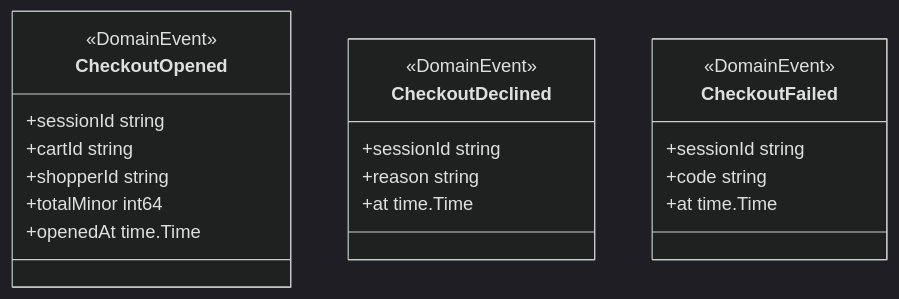
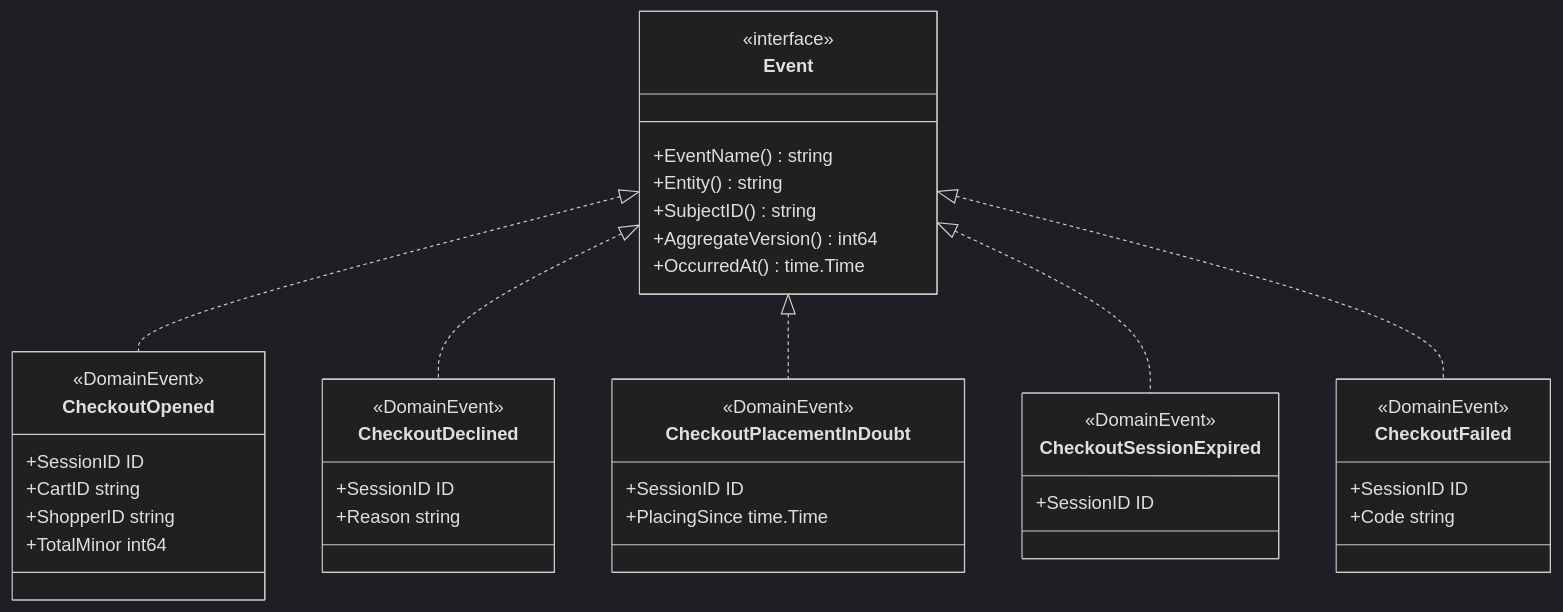
The second of 5 diagrams in docs/docs/ddd/class-diagram.md (IQVO/checkout), drawn with Mermaid (dark theme) before and after one commit. The commit also changed other lines of this file and 8 other files, not shown here.

First line of the commit message:
docs(checkout): review the DDD pack and API pages against the code

````diff
--- a/docs/docs/ddd/class-diagram.md
+++ b/docs/docs/ddd/class-diagram.md
@@ -106,24 +123,43 @@
 ```mermaid
 classDiagram
     direction TB
+    class Event {
+        <<interface>>
+        +EventName() string
+        +Entity() string
+        +SubjectID() string
+        +AggregateVersion() int64
+        +OccurredAt() time.Time
+    }
     class CheckoutOpened {
         <<DomainEvent>>
-        +sessionId string
-        +cartId string
-        +shopperId string
-        +totalMinor int64
-        +openedAt time.Time
+        +SessionID ID
+        +CartID string
+        +ShopperID string
+        +TotalMinor int64
     }
     class CheckoutDeclined {
         <<DomainEvent>>
-        +sessionId string
-        +reason string
-        +at time.Time
+        +SessionID ID
+        +Reason string
+    }
+    class CheckoutPlacementInDoubt {
+        <<DomainEvent>>
+        +SessionID ID
+        +PlacingSince time.Time
+    }
+    class CheckoutSessionExpired {
+        <<DomainEvent>>
+        +SessionID ID
     }
     class CheckoutFailed {
         <<DomainEvent>>
-        +sessionId string
-        +code string
-        +at time.Time
+        +SessionID ID
+        +Code string
     }
+    Event <|.. CheckoutOpened
+    Event <|.. CheckoutDeclined
+    Event <|.. CheckoutPlacementInDoubt
+    Event <|.. CheckoutSessionExpired
+    Event <|.. CheckoutFailed
 ```
````
